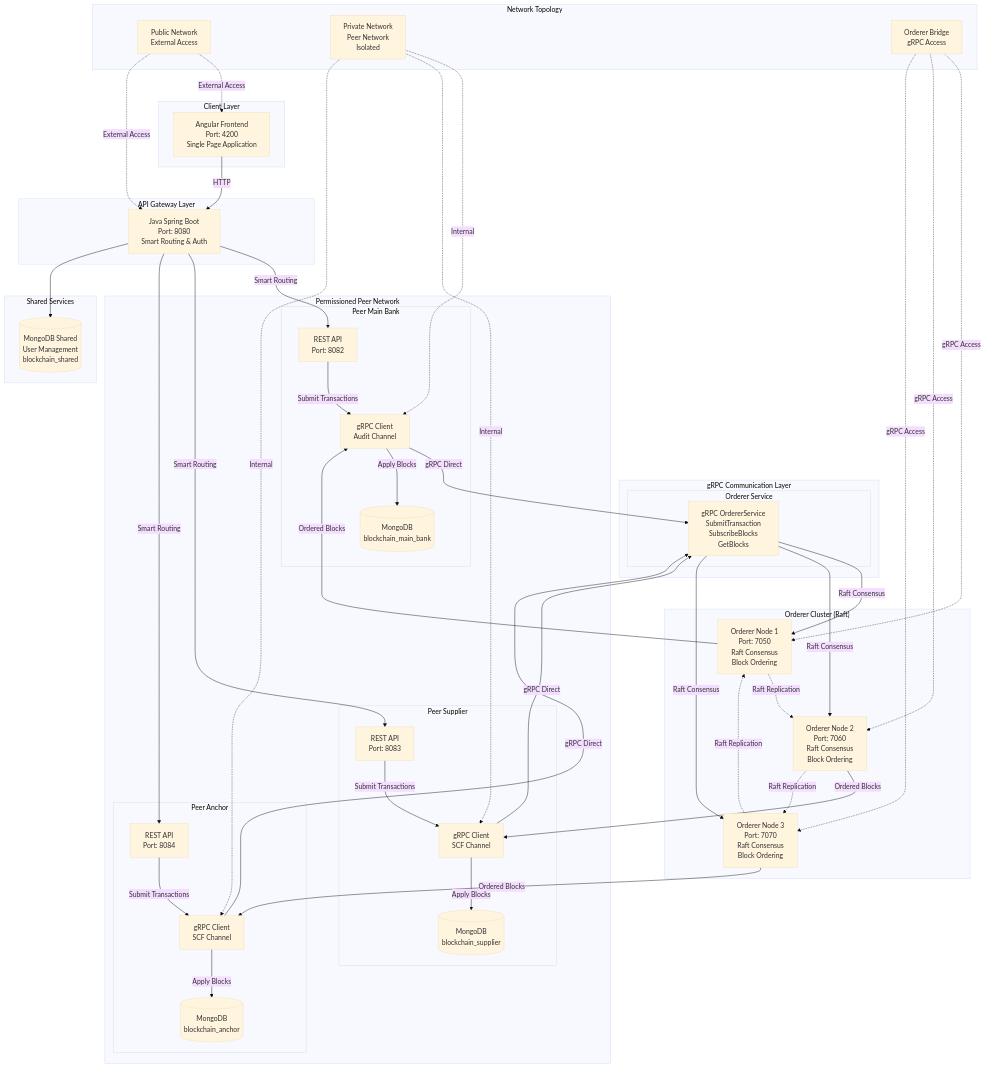
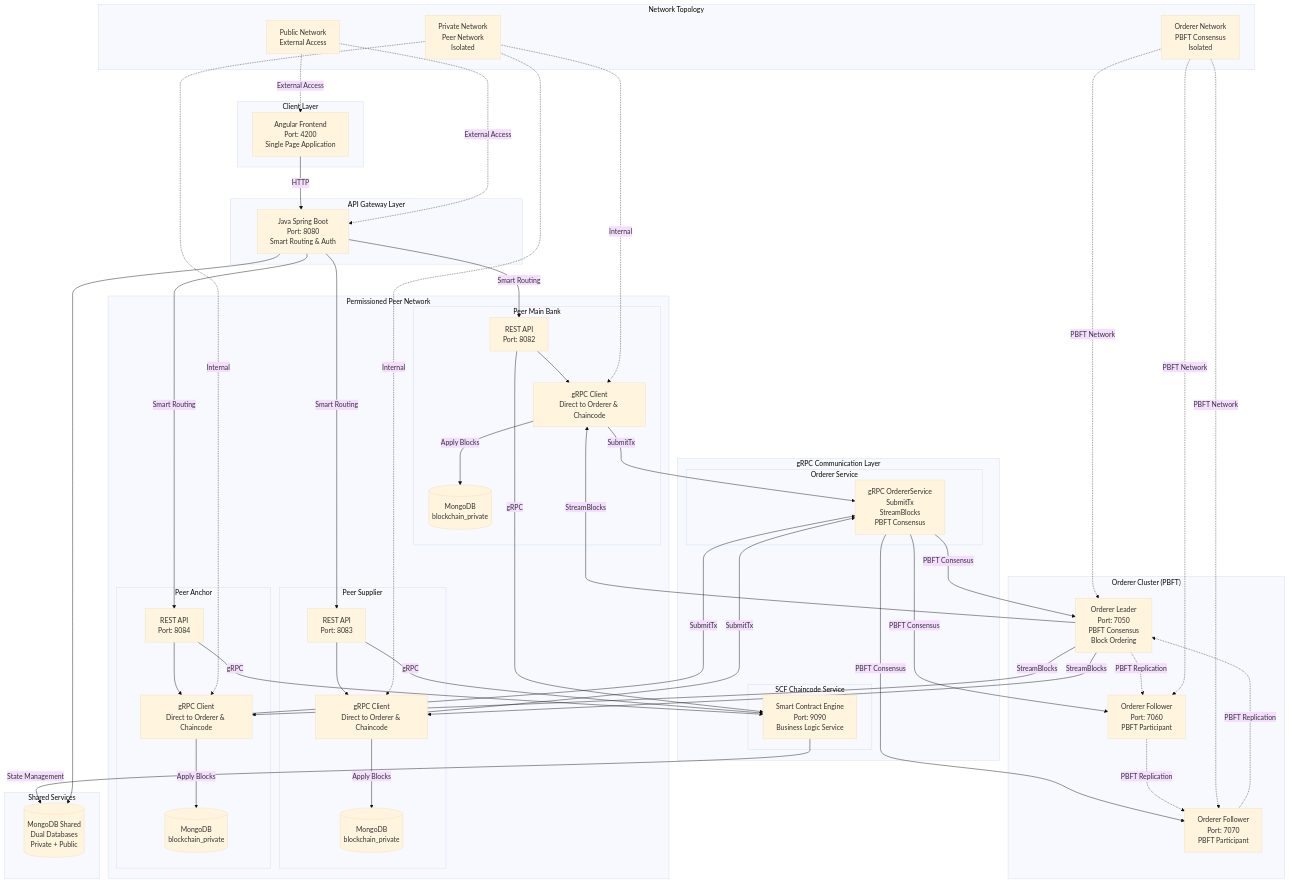
The first of 5 diagrams in System_Design_Document.md (trunghc97/blockchain), drawn with Mermaid (base theme) before and after one commit. The commit also changed other lines of this file and 5 other files, not shown here.

````diff
--- a/System_Design_Document.md
+++ b/System_Design_Document.md
@@ -71,45 +71,49 @@
     end
 
     subgraph "gRPC Communication Layer"
+        subgraph "SCF Chaincode Service"
+            CHAINCODE[Smart Contract Engine<br/>Port: 9090<br/>Business Logic Service]
+        end
+
         subgraph "Orderer Service"
-            ORD_SVC[gRPC OrdererService<br/>SubmitTransaction<br/>SubscribeBlocks<br/>GetBlocks]
+            ORD_SVC[gRPC OrdererService<br/>SubmitTx<br/>StreamBlocks<br/>PBFT Consensus]
         end
     end
 
     subgraph "Permissioned Peer Network"
         subgraph "Peer Main Bank"
             MB_API[REST API<br/>Port: 8082]
-            MB_GRPC[gRPC Client<br/>Audit Channel]
-            MB_DB[(MongoDB<br/>blockchain_main_bank)]
+            MB_GRPC[gRPC Client<br/>Direct to Orderer & Chaincode]
+            MB_DB[(MongoDB<br/>blockchain_private)]
         end
 
         subgraph "Peer Supplier"
             SUP_API[REST API<br/>Port: 8083]
-            SUP_GRPC[gRPC Client<br/>SCF Channel]
-            SUP_DB[(MongoDB<br/>blockchain_supplier)]
+            SUP_GRPC[gRPC Client<br/>Direct to Orderer & Chaincode]
+            SUP_DB[(MongoDB<br/>blockchain_private)]
         end
 
         subgraph "Peer Anchor"
             ANC_API[REST API<br/>Port: 8084]
-            ANC_GRPC[gRPC Client<br/>SCF Channel]
-            ANC_DB[(MongoDB<br/>blockchain_anchor)]
+            ANC_GRPC[gRPC Client<br/>Direct to Orderer & Chaincode]
+            ANC_DB[(MongoDB<br/>blockchain_private)]
         end
     end
 
-    subgraph "Orderer Cluster (Raft)"
-        ORD1[Orderer Node 1<br/>Port: 7050<br/>Raft Consensus<br/>Block Ordering]
-        ORD2[Orderer Node 2<br/>Port: 7060<br/>Raft Consensus<br/>Block Ordering]
-        ORD3[Orderer Node 3<br/>Port: 7070<br/>Raft Consensus<br/>Block Ordering]
+    subgraph "Orderer Cluster (PBFT)"
+        ORD1[Orderer Leader<br/>Port: 7050<br/>PBFT Consensus<br/>Block Ordering]
+        ORD2[Orderer Follower<br/>Port: 7060<br/>PBFT Participant]
+        ORD3[Orderer Follower<br/>Port: 7070<br/>PBFT Participant]
     end
 
     subgraph "Shared Services"
-        SHARED_DB[(MongoDB Shared<br/>User Management<br/>blockchain_shared)]
+        SHARED_DB[(MongoDB Shared<br/>Dual Databases<br/>Private + Public)]
     end
 
     subgraph "Network Topology"
         PUBLIC_NW[Public Network<br/>External Access]
         PRIVATE_NW[Private Network<br/>Peer Network<br/>Isolated]
-        ORDERER_BRIDGE[Orderer Bridge<br/>gRPC Access]
+        ORDERER_NW[Orderer Network<br/>PBFT Consensus<br/>Isolated]
     end
 
     %% Communication Flow
@@ -118,37 +122,45 @@
     JAVA -->|Smart Routing| SUP_API
     JAVA -->|Smart Routing| ANC_API
 
-    MB_API -->|Submit Transactions| MB_GRPC
-    SUP_API -->|Submit Transactions| SUP_GRPC
-    ANC_API -->|Submit Transactions| ANC_GRPC
+    %% Peers invoke chaincode service for business logic
+    MB_API -->|gRPC| CHAINCODE
+    SUP_API -->|gRPC| CHAINCODE
+    ANC_API -->|gRPC| CHAINCODE
 
-    MB_GRPC -->|gRPC Direct| ORD_SVC
-    SUP_GRPC -->|gRPC Direct| ORD_SVC
-    ANC_GRPC -->|gRPC Direct| ORD_SVC
+    %% Peers submit transactions directly to orderer
+    MB_API --> MB_GRPC
+    SUP_API --> SUP_GRPC
+    ANC_API --> ANC_GRPC
 
-    ORD_SVC -->|Raft Consensus| ORD1
-    ORD_SVC -->|Raft Consensus| ORD2
-    ORD_SVC -->|Raft Consensus| ORD3
+    MB_GRPC -->|SubmitTx| ORD_SVC
+    SUP_GRPC -->|SubmitTx| ORD_SVC
+    ANC_GRPC -->|SubmitTx| ORD_SVC
 
-    ORD1 -->|Ordered Blocks| MB_GRPC
-    ORD2 -->|Ordered Blocks| SUP_GRPC
-    ORD3 -->|Ordered Blocks| ANC_GRPC
+    ORD_SVC -->|PBFT Consensus| ORD1
+    ORD_SVC -->|PBFT Consensus| ORD2
+    ORD_SVC -->|PBFT Consensus| ORD3
+
+    ORD1 -->|StreamBlocks| MB_GRPC
+    ORD1 -->|StreamBlocks| SUP_GRPC
+    ORD1 -->|StreamBlocks| ANC_GRPC
 
     MB_GRPC -->|Apply Blocks| MB_DB
     SUP_GRPC -->|Apply Blocks| SUP_DB
     ANC_GRPC -->|Apply Blocks| ANC_DB
+
+    CHAINCODE -->|State Management| SHARED_DB
     JAVA --> SHARED_DB
 
-    ORD1 -.->|Raft Replication| ORD2
-    ORD2 -.->|Raft Replication| ORD3
-    ORD3 -.->|Raft Replication| ORD1
+    ORD1 -.->|PBFT Replication| ORD2
+    ORD2 -.->|PBFT Replication| ORD3
+    ORD3 -.->|PBFT Replication| ORD1
 
     PUBLIC_NW -.->|External Access| FE
     PUBLIC_NW -.->|External Access| JAVA
     PRIVATE_NW -.->|Internal| MB_GRPC
     PRIVATE_NW -.->|Internal| SUP_GRPC
     PRIVATE_NW -.->|Internal| ANC_GRPC
-    ORDERER_BRIDGE -.->|gRPC Access| ORD1
-    ORDERER_BRIDGE -.->|gRPC Access| ORD2
-    ORDERER_BRIDGE -.->|gRPC Access| ORD3
+    ORDERER_NW -.->|PBFT Network| ORD1
+    ORDERER_NW -.->|PBFT Network| ORD2
+    ORDERER_NW -.->|PBFT Network| ORD3
 ```
````
